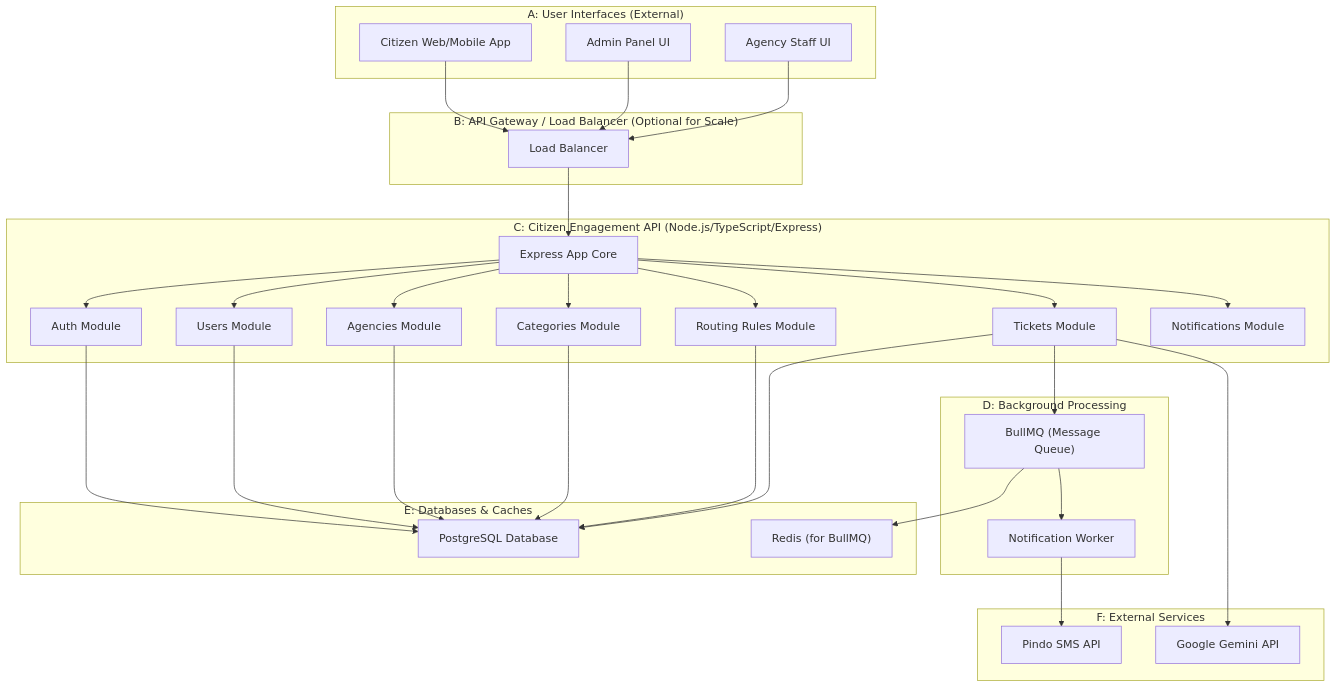
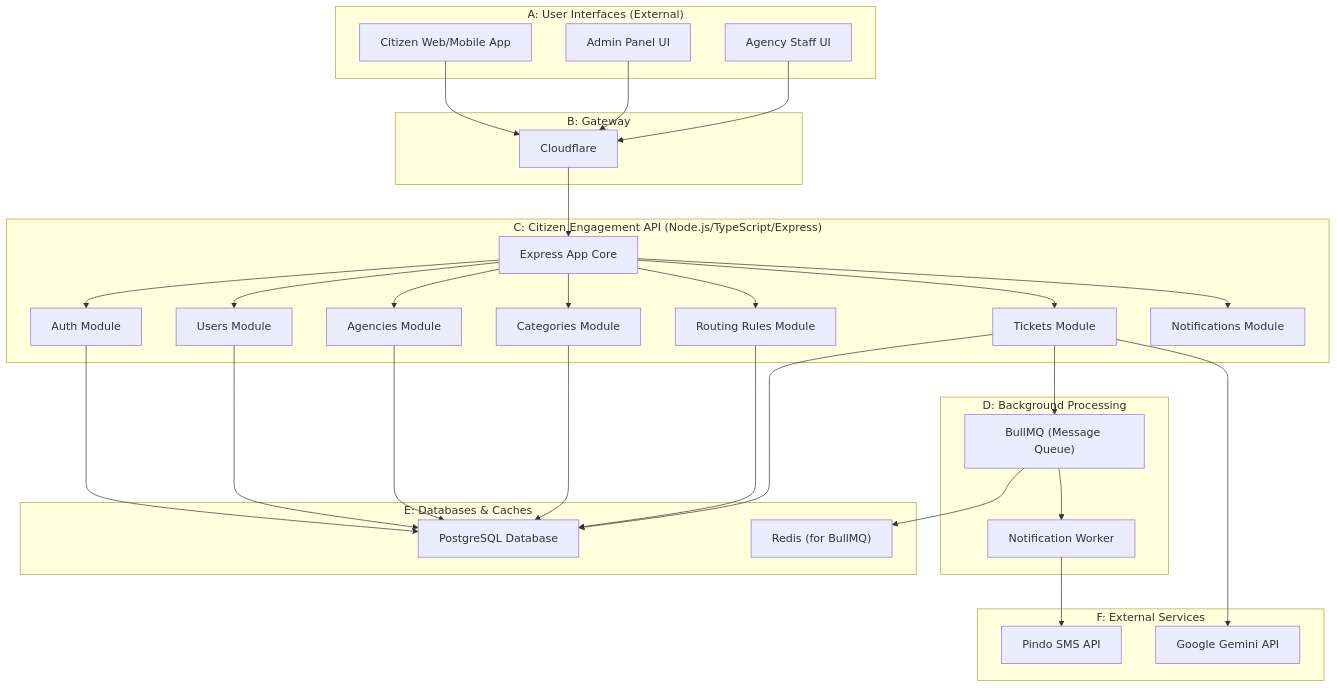
The first of 2 diagrams in README.md (Robertishimwe/CitizenComplaintsSystem), drawn with Mermaid before and after one commit.

Commit message:
added readMe file

````diff
--- a/README.md
+++ b/README.md
@@ -60,65 +60,65 @@
 ```mermaid
 graph TD
     subgraph "A: User Interfaces (External)"
         UI_Citizen["Citizen Web/Mobile App"]
         UI_Admin["Admin Panel UI"]
         UI_Agency["Agency Staff UI"]
     end
 
-    subgraph "B: API Gateway / Load Balancer (Optional for Scale)"
-        LB["Load Balancer"]
+    subgraph "B: Gateway"
+        LB["Cloudflare"]
     end
 
     subgraph "C: Citizen Engagement API (Node.js/TypeScript/Express)"
         C_API["Express App Core"]
         C_AuthMod["Auth Module"]
         C_UsersMod["Users Module"]
         C_AgenciesMod["Agencies Module"]
         C_CategoriesMod["Categories Module"]
         C_RoutingMod["Routing Rules Module"]
         C_TicketsMod["Tickets Module"]
         C_NotifMod["Notifications Module"]
     end
 
     subgraph "D: Background Processing"
         D_BullMQ["BullMQ (Message Queue)"]
         D_Worker["Notification Worker"]
     end
 
     subgraph "E: Databases & Caches"
         E_PostgreSQL["PostgreSQL Database"]
         E_Redis["Redis (for BullMQ)"]
     end
 
     subgraph "F: External Services"
         F_Pindo["Pindo SMS API"]
         F_Gemini["Google Gemini API"]
     end
 
     %% Connections
     UI_Citizen --> LB
     UI_Admin --> LB
     UI_Agency --> LB
     LB --> C_API
 
     C_API --> C_AuthMod
     C_API --> C_UsersMod
     C_API --> C_AgenciesMod
     C_API --> C_CategoriesMod
     C_API --> C_RoutingMod
     C_API --> C_TicketsMod
     C_API --> C_NotifMod
 
     C_AuthMod --> E_PostgreSQL
     C_UsersMod --> E_PostgreSQL
     C_AgenciesMod --> E_PostgreSQL
     C_CategoriesMod --> E_PostgreSQL
     C_RoutingMod --> E_PostgreSQL
     C_TicketsMod --> E_PostgreSQL
     C_TicketsMod --> D_BullMQ
     C_TicketsMod --> F_Gemini
 
     D_BullMQ --> D_Worker
     D_Worker --> F_Pindo
     D_BullMQ --> E_Redis
 ```
````
